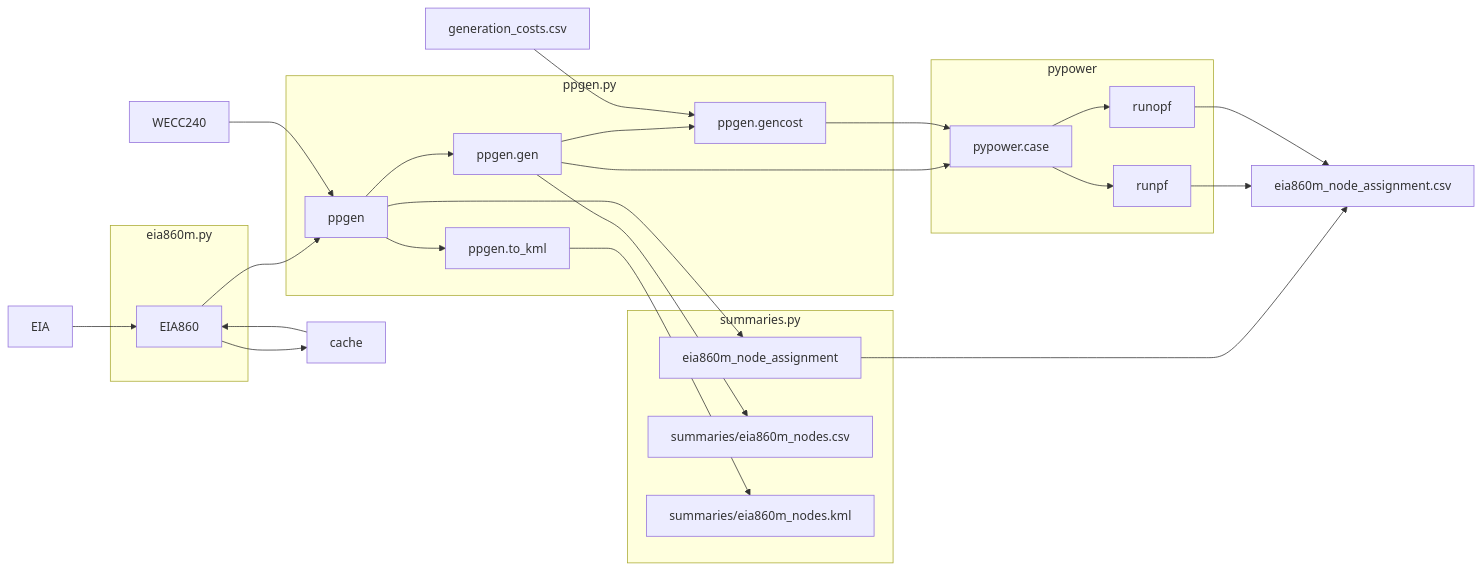
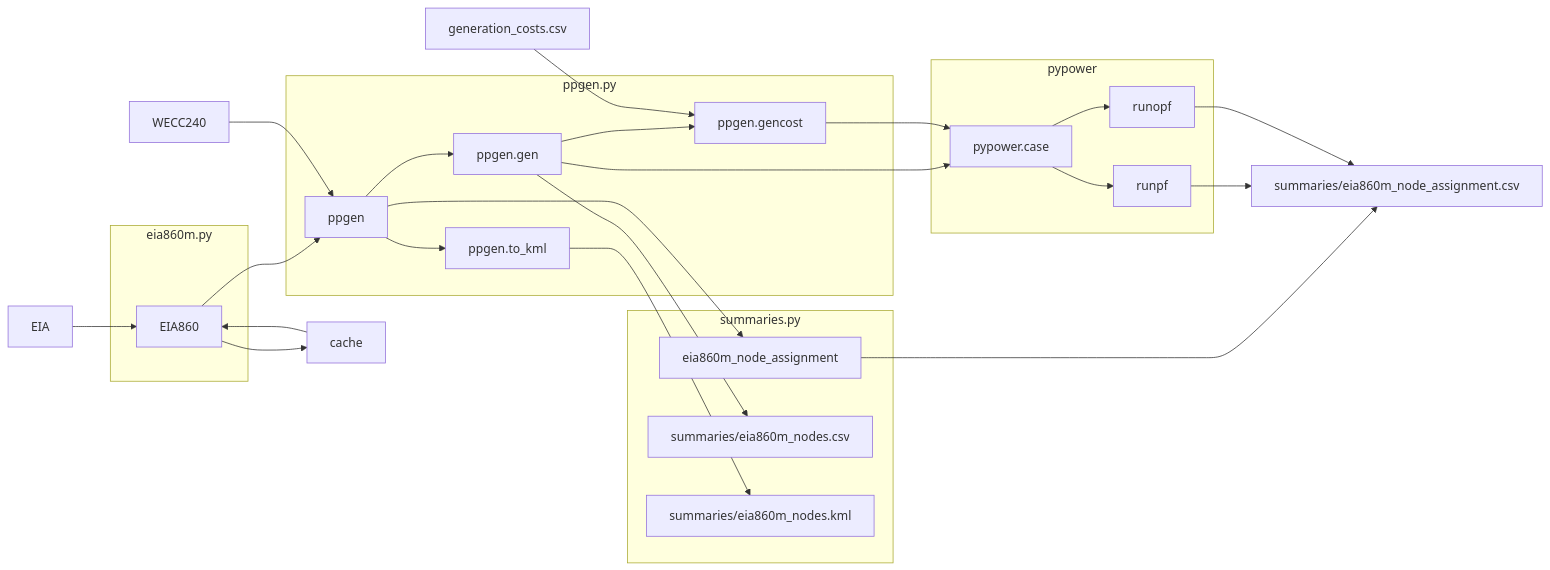
Before and after one commit to slacgismo/regrow: the sixth of 7 diagrams in pypower/README.md, drawn with Mermaid.

Commit message:
Update output file paths in README

````diff
--- a/pypower/README.md
+++ b/pypower/README.md
@@ -295,42 +295,42 @@
 ```mermaid
 flowchart LR
 
     EIA --> EIA860
 
     subgraph eia860m.py
         EIA860
     end
 
     EIA860 --> cache
     cache --> EIA860
 
     EIA860 --> ppgen
 
     subgraph ppgen.py
         ppgen --> ppgen.gen
         ppgen.gen --> ppgen.gencost
         ppgen --> ppgen.to_kml
     end
 
     WECC240 --> ppgen
 
     generation_costs.csv --> ppgen.gencost
 
     subgraph summaries.py
         ppgen --> eia860m_node_assignment
         ppgen.gen --> summaries/eia860m_nodes.csv
         ppgen.to_kml --> summaries/eia860m_nodes.kml
         eia860m_node_assignment
     end
     
     subgraph pypower
         ppgen.gen --> pypower.case
         ppgen.gencost --> pypower.case
         pypower.case --> runpf
         pypower.case --> runopf
     end
 
-    eia860m_node_assignment --> eia860m_node_assignment.csv
-    runpf --> eia860m_node_assignment.csv
-    runopf --> eia860m_node_assignment.csv
+    eia860m_node_assignment --> summaries/eia860m_node_assignment.csv
+    runpf --> summaries/eia860m_node_assignment.csv
+    runopf --> summaries/eia860m_node_assignment.csv
 ```
````
